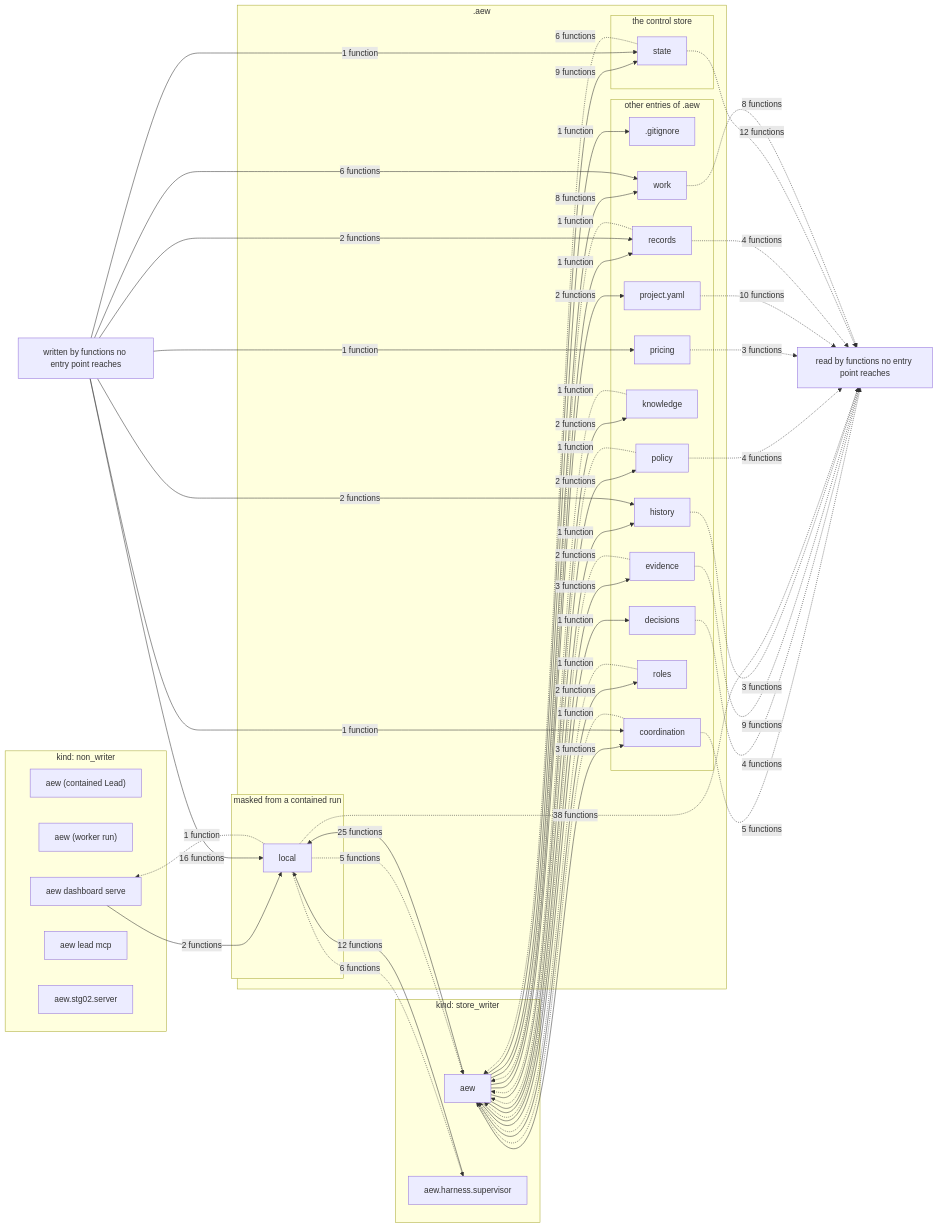
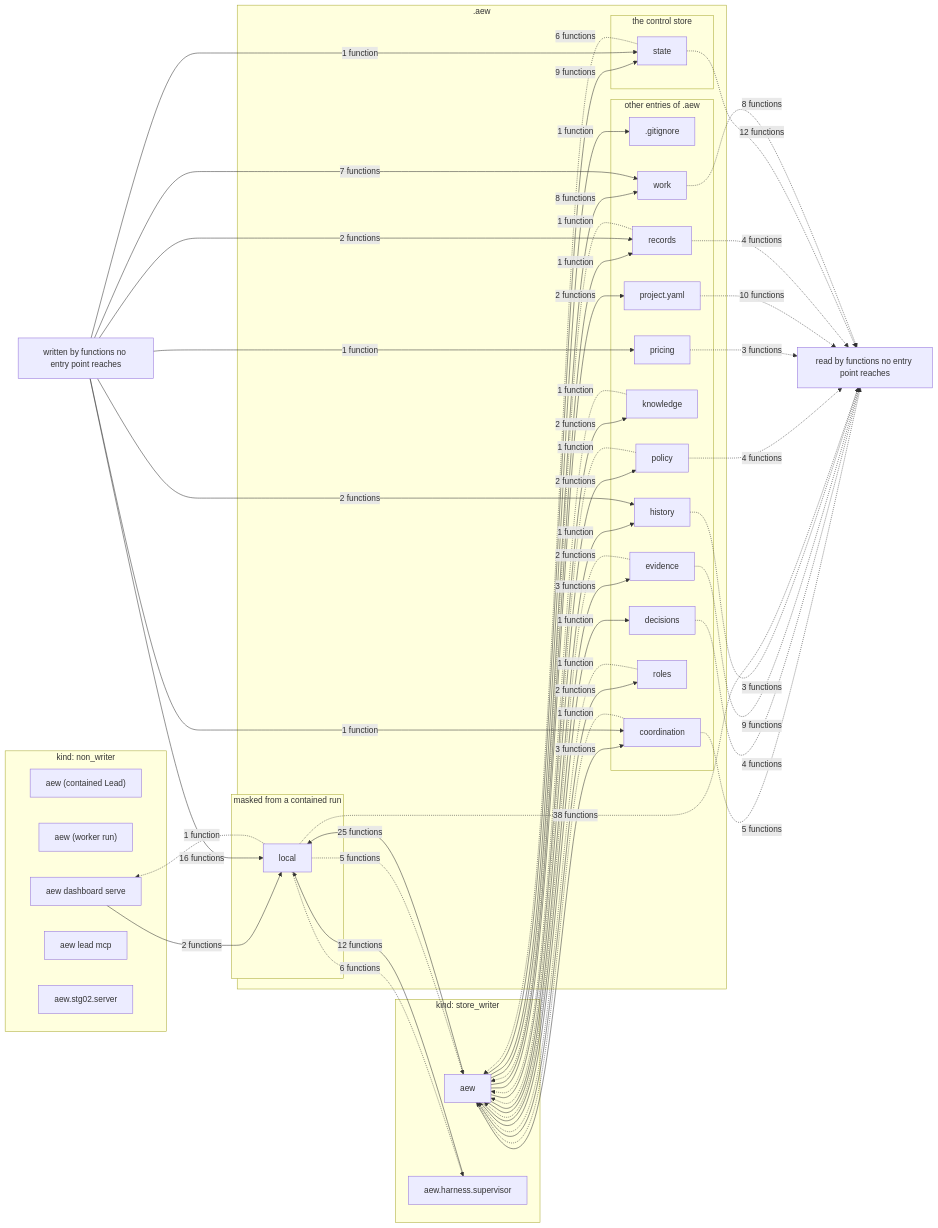
One commit to JonSmithTLT/Agentic-Engineering-Workflow changed the diagram in docs/reference/data-flow.md. Above: the diagram before and after it, drawn with Mermaid. The commit also changed other lines of this file and 33 other files, not shown here.

````diff
--- a/docs/reference/data-flow.md
+++ b/docs/reference/data-flow.md
@@ -5,81 +5,81 @@
 ```mermaid
 flowchart LR
     subgraph kind_non_writer["kind: non_writer"]
         proc_aew_contained_lead["aew (contained Lead)"]
         proc_aew_worker_run["aew (worker run)"]
         proc_aew_dashboard_serve["aew dashboard serve"]
         proc_aew_lead_mcp["aew lead mcp"]
         proc_aew_stg02_server["aew.stg02.server"]
     end
     subgraph kind_store_writer["kind: store_writer"]
         proc_aew["aew"]
         proc_aew_harness_supervisor["aew.harness.supervisor"]
     end
     subgraph aew_dir[".aew"]
         subgraph group_store["the control store"]
             path_state["state"]
         end
         subgraph group_masked["masked from a contained run"]
             path_local["local"]
         end
         subgraph group_other["other entries of .aew"]
             path_gitignore[".gitignore"]
             path_coordination["coordination"]
             path_decisions["decisions"]
             path_evidence["evidence"]
             path_history["history"]
             path_knowledge["knowledge"]
             path_policy["policy"]
             path_pricing["pricing"]
             path_project_yaml["project.yaml"]
             path_records["records"]
             path_roles["roles"]
             path_work["work"]
         end
     end
     no_writer["written by functions no entry point reaches"]
     no_reader["read by functions no entry point reaches"]
     proc_aew -->|"1 function"| path_gitignore
     proc_aew -->|"3 functions"| path_coordination
     proc_aew -->|"1 function"| path_decisions
     proc_aew -->|"3 functions"| path_evidence
     proc_aew -->|"1 function"| path_history
     proc_aew -->|"2 functions"| path_knowledge
     proc_aew -->|"25 functions"| path_local
     proc_aew -->|"2 functions"| path_policy
     proc_aew -->|"2 functions"| path_project_yaml
     proc_aew -->|"1 function"| path_records
     proc_aew -->|"2 functions"| path_roles
     proc_aew -->|"9 functions"| path_state
     proc_aew -->|"8 functions"| path_work
     proc_aew_dashboard_serve -->|"2 functions"| path_local
     proc_aew_harness_supervisor -->|"12 functions"| path_local
     no_writer -->|"1 function"| path_coordination
     no_writer -->|"2 functions"| path_history
     no_writer -->|"16 functions"| path_local
     no_writer -->|"1 function"| path_pricing
     no_writer -->|"2 functions"| path_records
     no_writer -->|"1 function"| path_state
-    no_writer -->|"6 functions"| path_work
+    no_writer -->|"7 functions"| path_work
     path_coordination -.->|"1 function"| proc_aew
     path_evidence -.->|"2 functions"| proc_aew
     path_knowledge -.->|"1 function"| proc_aew
     path_local -.->|"5 functions"| proc_aew
     path_policy -.->|"1 function"| proc_aew
     path_records -.->|"1 function"| proc_aew
     path_roles -.->|"1 function"| proc_aew
     path_state -.->|"6 functions"| proc_aew
     path_local -.->|"1 function"| proc_aew_dashboard_serve
     path_local -.->|"6 functions"| proc_aew_harness_supervisor
     path_coordination -.->|"5 functions"| no_reader
     path_decisions -.->|"4 functions"| no_reader
     path_evidence -.->|"9 functions"| no_reader
     path_history -.->|"3 functions"| no_reader
     path_local -.->|"38 functions"| no_reader
     path_policy -.->|"4 functions"| no_reader
     path_pricing -.->|"3 functions"| no_reader
     path_project_yaml -.->|"10 functions"| no_reader
     path_records -.->|"4 functions"| no_reader
     path_state -.->|"12 functions"| no_reader
     path_work -.->|"8 functions"| no_reader
 ```
````
